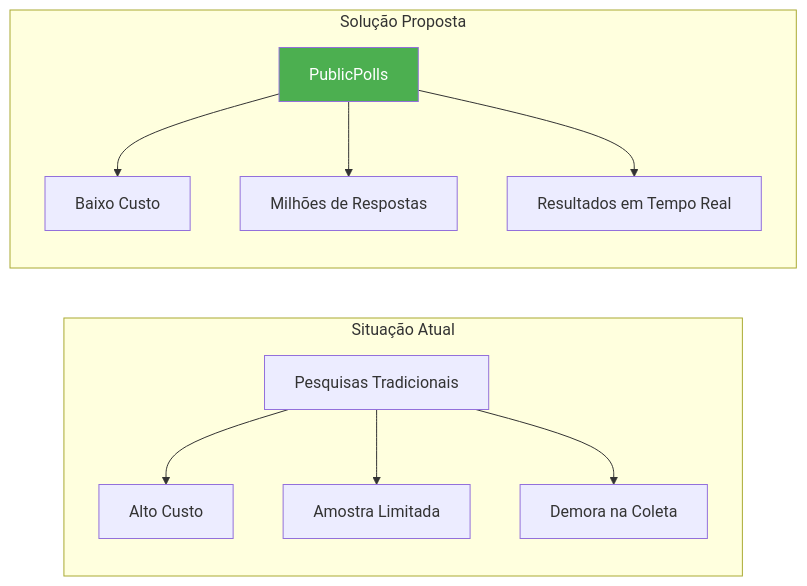
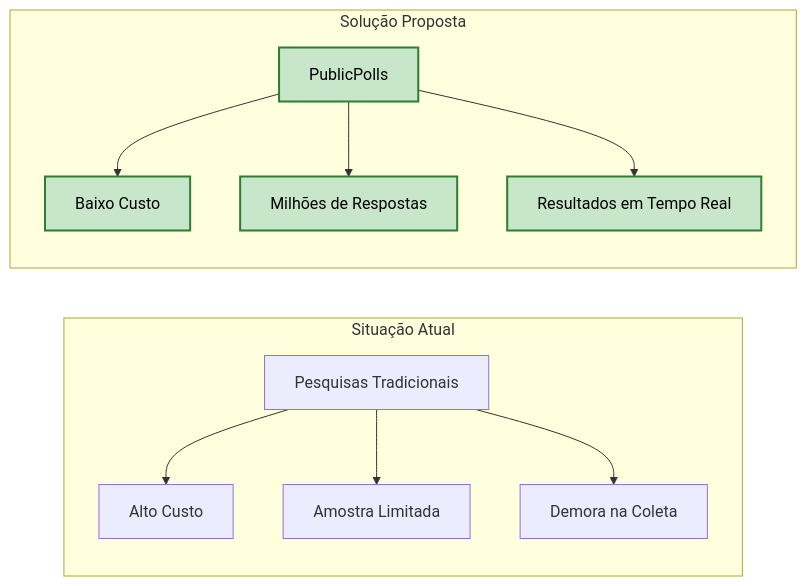
Before and after one commit to gabrigabs/public-polls-app: the first of 6 diagrams in docs/01-visao-geral.md, drawn with Mermaid. The commit also changed other lines of this file and 6 other files, not shown here.

Commit message:
docs: standardize and improve mermaid diagrams readability

````diff
--- a/docs/01-visao-geral.md
+++ b/docs/01-visao-geral.md
@@ -16,16 +16,17 @@
 ```mermaid
 graph LR
     subgraph "Situação Atual"
         A[Pesquisas Tradicionais] --> B[Alto Custo]
         A --> C[Amostra Limitada]
         A --> D[Demora na Coleta]
     end
 
     subgraph "Solução Proposta"
         E[PublicPolls] --> F[Baixo Custo]
         E --> G[Milhões de Respostas]
         E --> H[Resultados em Tempo Real]
     end
 
-    style E fill:#4caf50,color:#fff
+    classDef solution fill:#c8e6c9,stroke:#2e7d32,color:#000,stroke-width:2px;
+    class E,F,G,H solution;
 ```
````
